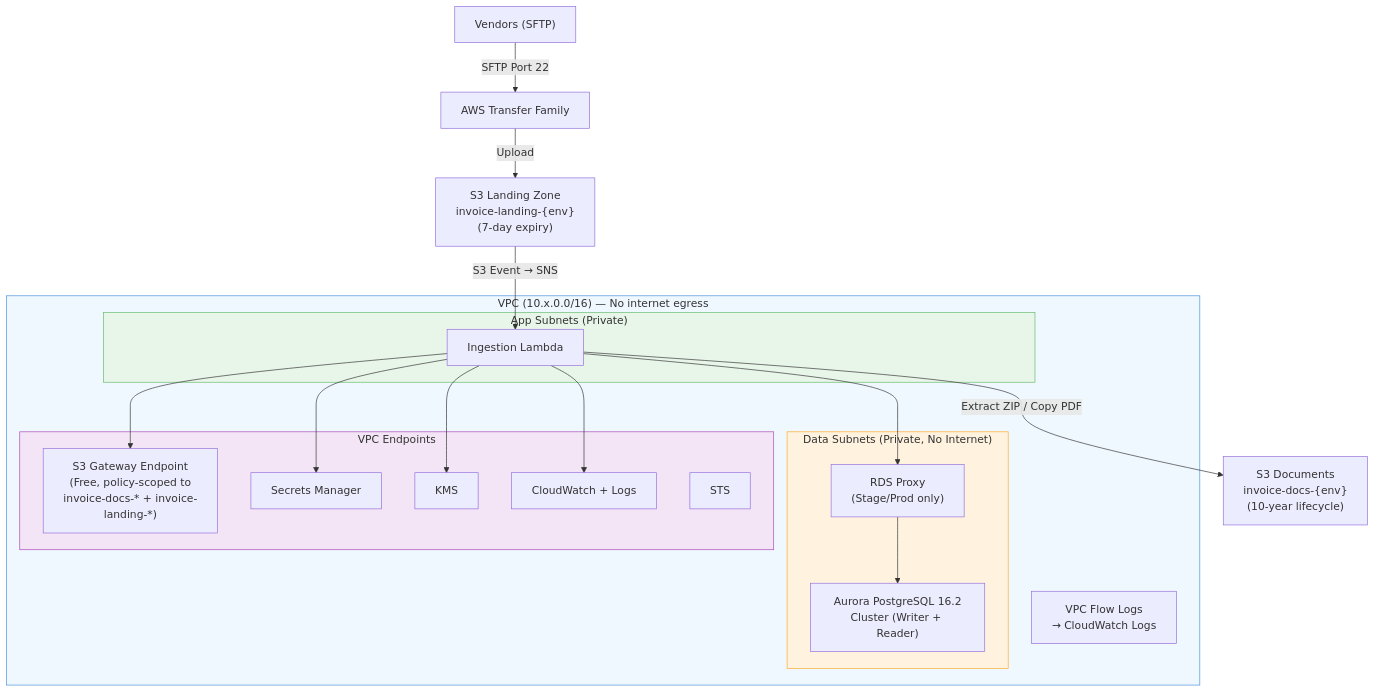
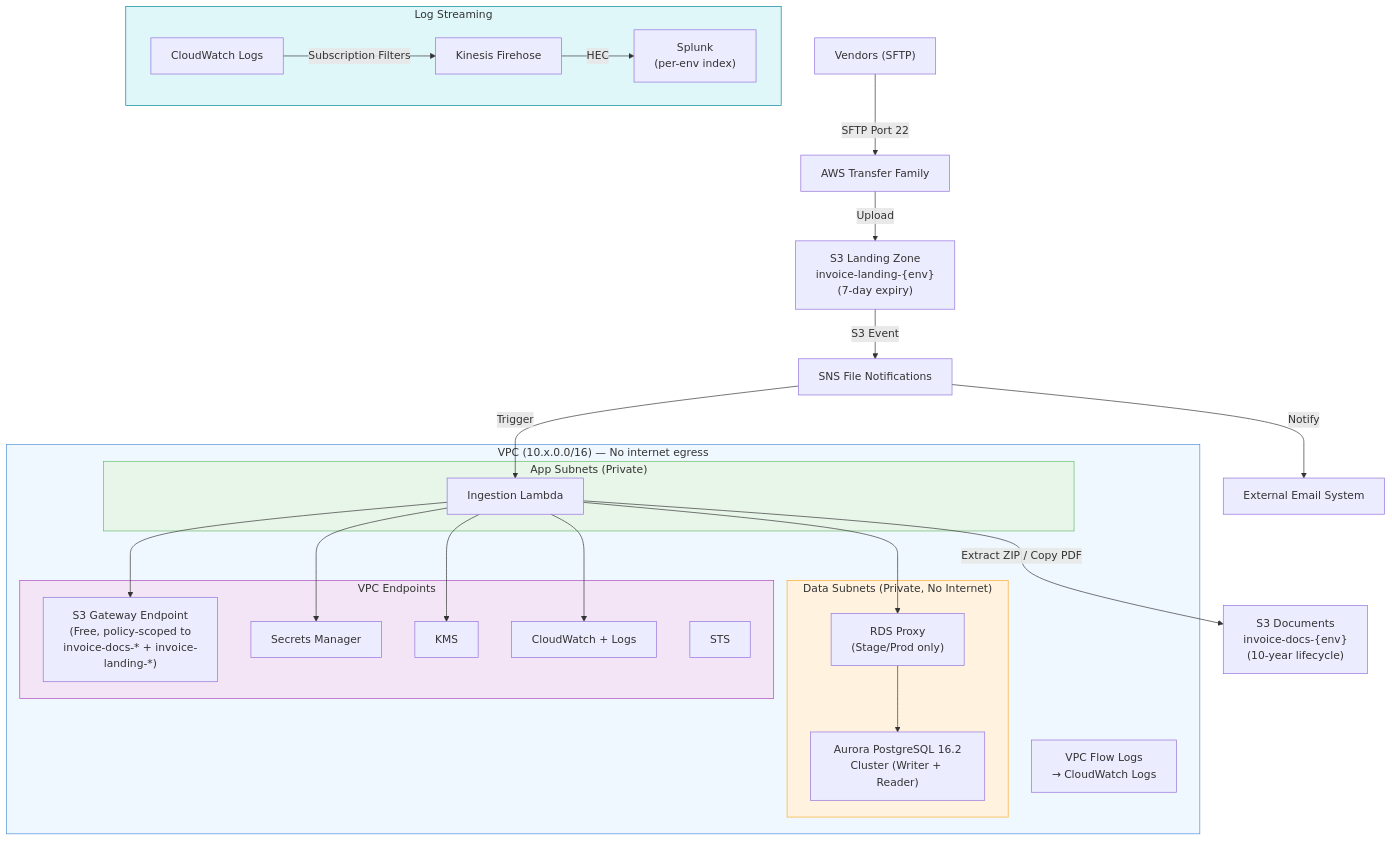
Before and after one commit to kumarmedasani/invoice-document-storage: the first of 10 diagrams in docs/ARCHITECTURE.md, drawn with Mermaid. The commit also changed other lines of this file and 20 other files, not shown here.

First line of the commit message:
Add Splunk log streaming via Firehose and file drop notifications

````diff
--- a/docs/ARCHITECTURE.md
+++ b/docs/ARCHITECTURE.md
@@ -32,37 +32,45 @@
 ```mermaid
 graph TD
     Vendors["Vendors (SFTP)"] -->|SFTP Port 22| SFTP["AWS Transfer Family"]
     SFTP -->|Upload| Landing["S3 Landing Zone<br/>invoice-landing-{env}<br/>(7-day expiry)"]
-    Landing -->|S3 Event → SNS| Lambda
+    Landing -->|S3 Event| FileSNS["SNS File Notifications"]
+    FileSNS -->|Trigger| Lambda
+    FileSNS -->|Notify| ExtEmail["External Email System"]
 
     subgraph VPC["VPC (10.x.0.0/16) — No internet egress"]
         subgraph AppSubnets["App Subnets (Private)"]
             Lambda["Ingestion Lambda"]
         end
         subgraph DataSubnets["Data Subnets (Private, No Internet)"]
             Aurora["Aurora PostgreSQL 16.2<br/>Cluster (Writer + Reader)"]
             Proxy["RDS Proxy<br/>(Stage/Prod only)"]
         end
         subgraph Endpoints["VPC Endpoints"]
             S3EP["S3 Gateway Endpoint<br/>(Free, policy-scoped to<br/>invoice-docs-* + invoice-landing-*)"]
             SMEP["Secrets Manager"]
             KMSEP["KMS"]
             CWEP["CloudWatch + Logs"]
             STSEP["STS"]
         end
         FlowLogs["VPC Flow Logs<br/>→ CloudWatch Logs"]
     end
 
     Lambda -->|"Extract ZIP / Copy PDF"| Docs["S3 Documents<br/>invoice-docs-{env}<br/>(10-year lifecycle)"]
     Lambda --> S3EP
     Lambda --> SMEP
     Lambda --> KMSEP
     Lambda --> Proxy
     Proxy --> Aurora
     Lambda --> CWEP
 
+    subgraph Observability["Log Streaming"]
+        CWLogs["CloudWatch Logs"] -->|Subscription Filters| Firehose["Kinesis Firehose"]
+        Firehose -->|HEC| Splunk["Splunk<br/>(per-env index)"]
+    end
+
     style VPC fill:#f0f8ff,stroke:#4a90d9
     style AppSubnets fill:#e8f5e9,stroke:#66bb6a
     style DataSubnets fill:#fff3e0,stroke:#ffa726
     style Endpoints fill:#f3e5f5,stroke:#ab47bc
+    style Observability fill:#e0f7fa,stroke:#00838f
 ```
````
